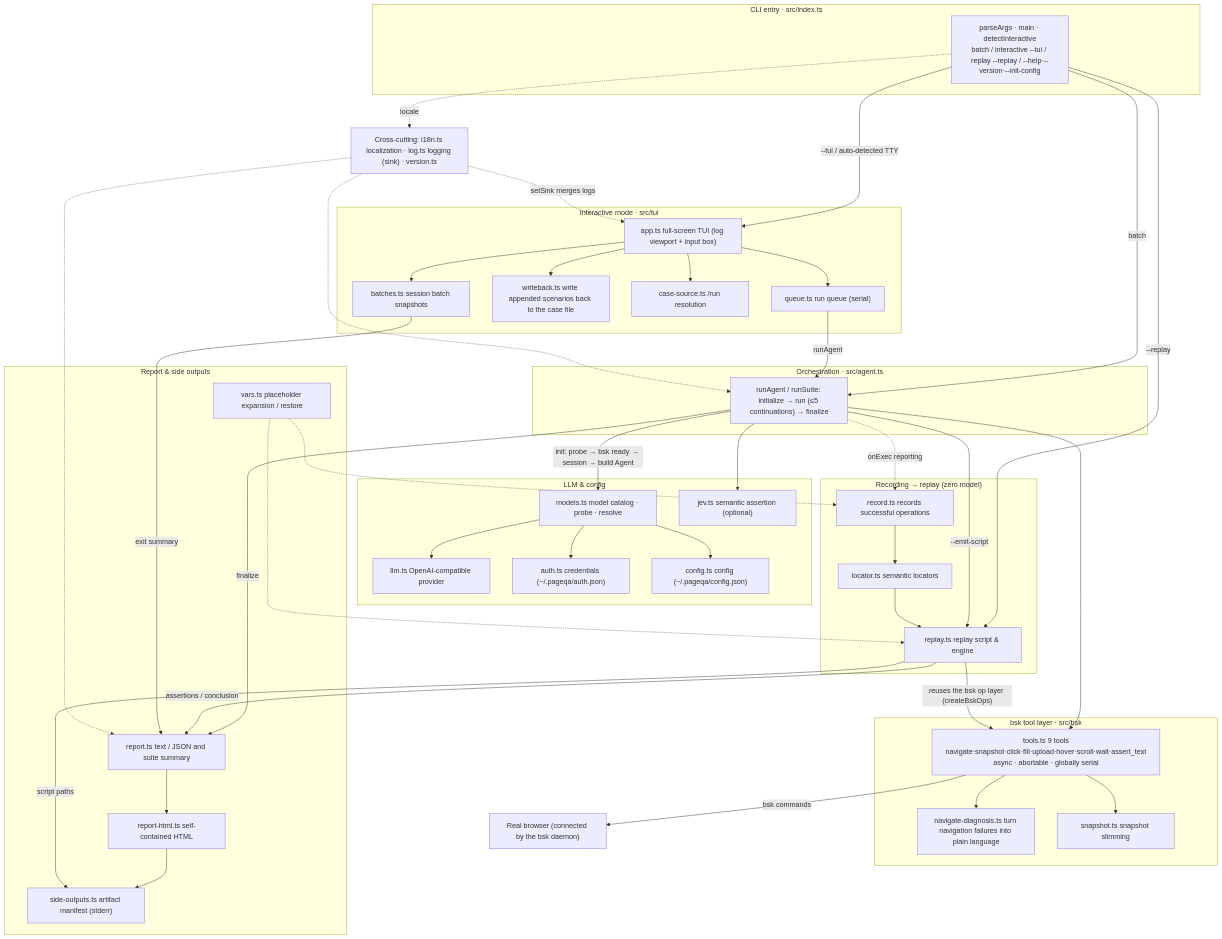
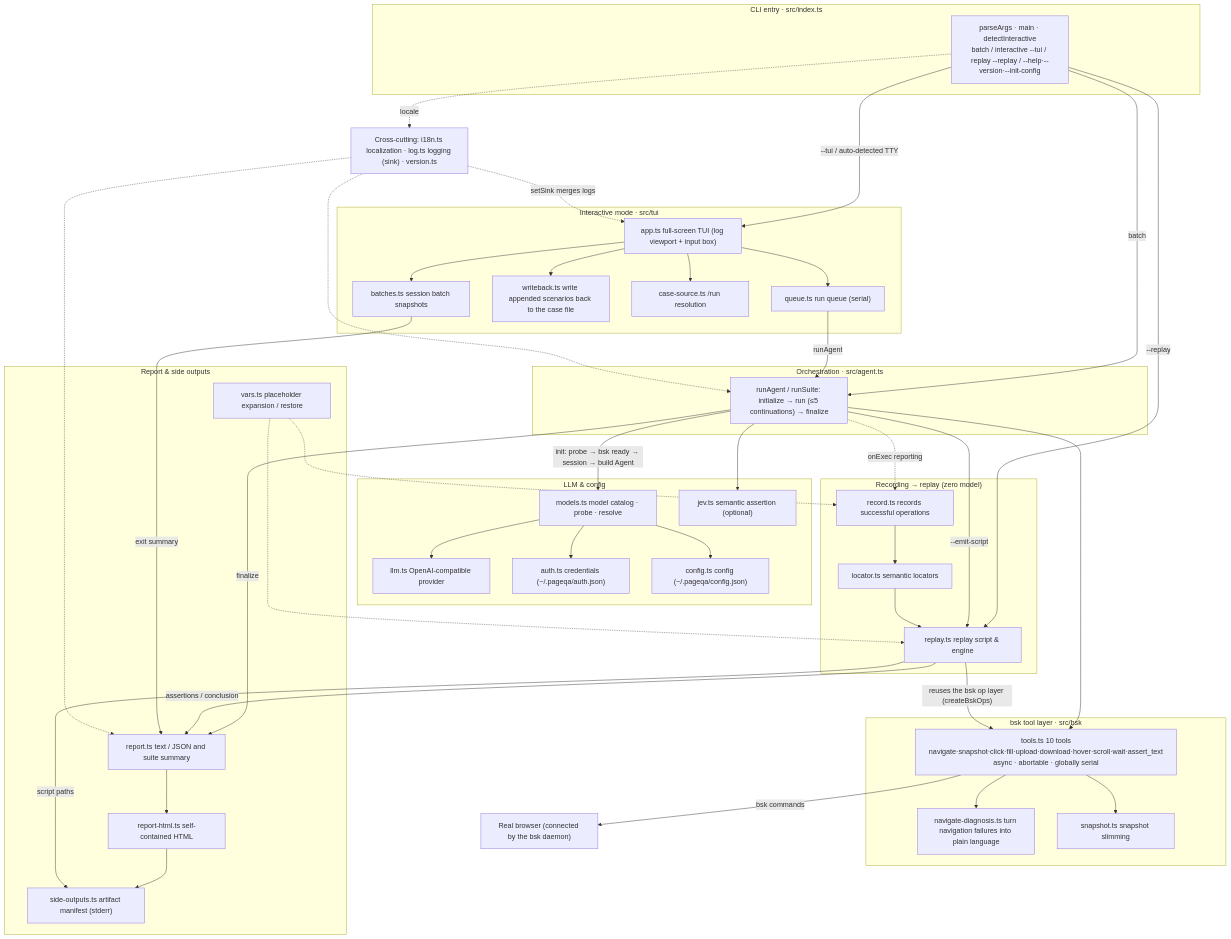
Before and after one commit to klren0312/pageqa: the diagram in README.md, drawn with Mermaid. The commit also changed other lines of this file and 21 other files, not shown here.

```diff
--- a/README.md
+++ b/README.md
@@ -529,7 +577,7 @@
   end
 
   subgraph BSK["bsk tool layer · src/bsk"]
-    TOOLS["tools.ts 9 tools<br/>navigate·snapshot·click·fill·upload·hover·scroll·wait·assert_text<br/>async · abortable · globally serial"]
+    TOOLS["tools.ts 10 tools<br/>navigate·snapshot·click·fill·upload·download·hover·scroll·wait·assert_text<br/>async · abortable · globally serial"]
     DIAG["navigate-diagnosis.ts turn navigation failures into plain language"]
     SNAP["snapshot.ts snapshot slimming"]
   end
```
